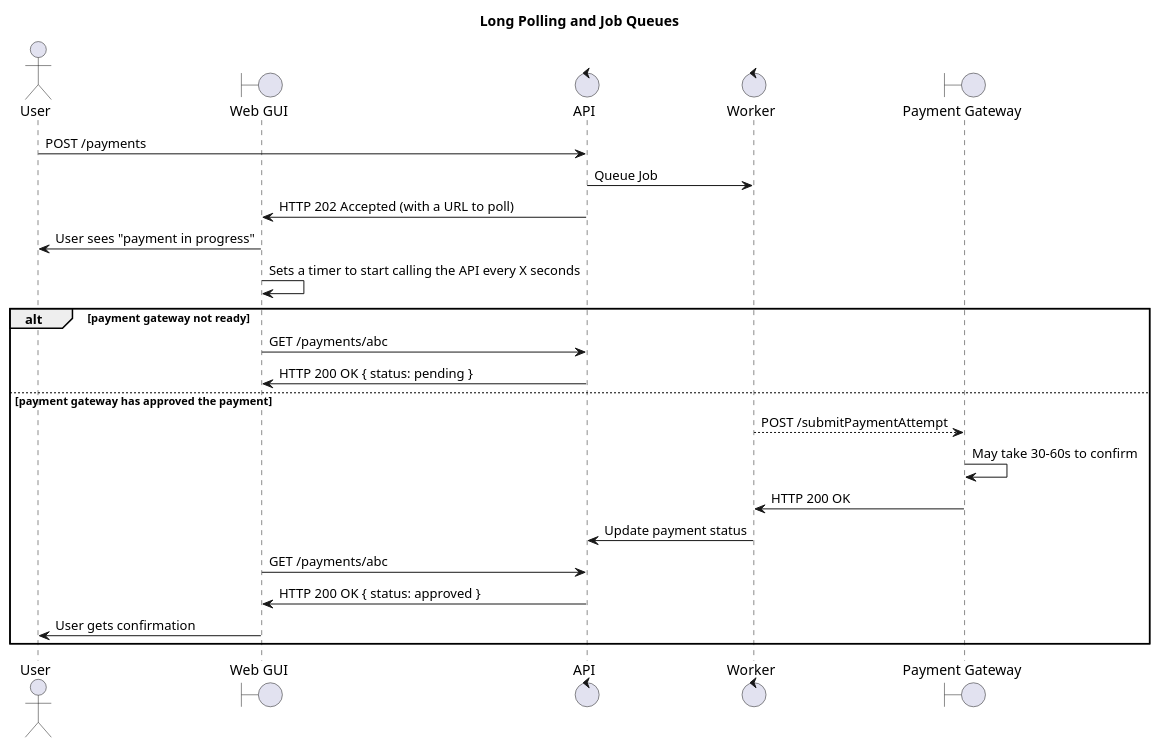
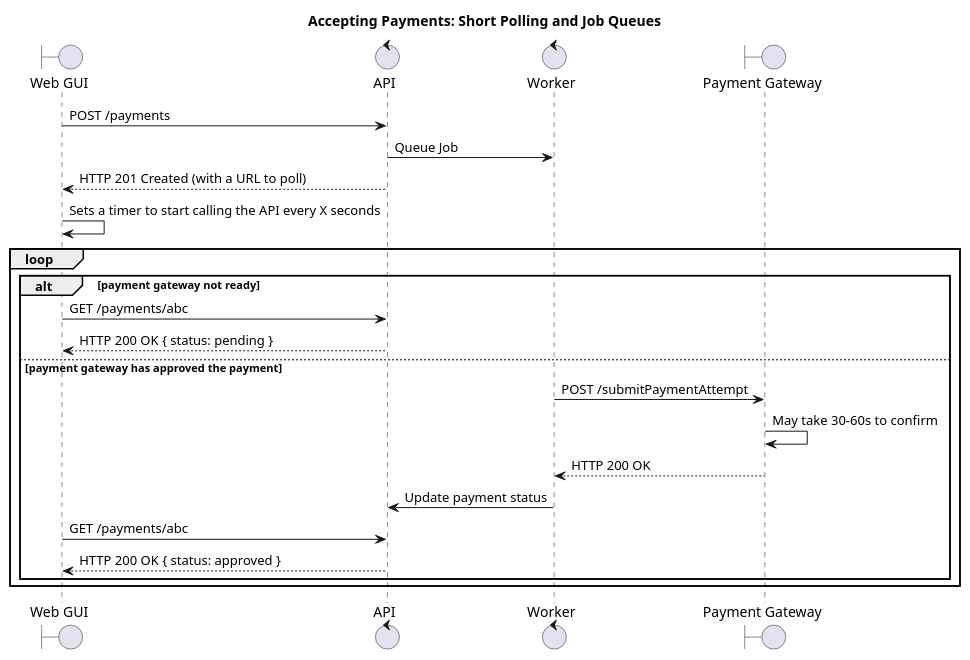
One commit to apisyouwonthate/book-build-apis-2 changed the second of 4 diagrams in src/1-theory/10-async.adoc. Above: the diagram before and after it, drawn with PlantUML. The commit also changed other lines of this file and 2 other files, not shown here.

```diff
--- a/src/1-theory/10-async.adoc
+++ b/src/1-theory/10-async.adoc
@@ -48,33 +279,32 @@
 [plantuml]
 ----
 @startuml
 
-title Long Polling and Job Queues
+title Accepting Payments: Short Polling and Job Queues
 
-actor User
 boundary "Web GUI" as GUI
 control "API"
 control Worker
 boundary "Payment Gateway" as PG
 
-User -> API: POST /payments
+GUI -> API: POST /payments
 API -> Worker: Queue Job
-GUI <- API: HTTP 202 Accepted (with a URL to poll)
-User <- GUI: User sees "payment in progress"
+GUI <-- API: HTTP 201 Created (with a URL to poll)
 GUI -> GUI: Sets a timer to start calling the API every X seconds
 
-alt payment gateway not ready
-    GUI -> API: GET /payments/abc
-    GUI <- API: HTTP 200 OK { status: pending }
-else payment gateway has approved the payment
-    Worker --> PG: POST /submitPaymentAttempt
-    PG -> PG: May take 30-60s to confirm
-    Worker <- PG: HTTP 200 OK
-    Worker -> API: Update payment status
-    GUI -> API: GET /payments/abc
-    GUI <- API: HTTP 200 OK { status: approved }
-    User <- GUI: User gets confirmation
+loop
+    alt payment gateway not ready
+        GUI -> API: GET /payments/abc
+        GUI <-- API: HTTP 200 OK { status: pending }
+    else payment gateway has approved the payment
+        Worker -> PG: POST /submitPaymentAttempt
+        PG -> PG: May take 30-60s to confirm
+        Worker <-- PG: HTTP 200 OK
+        Worker -> API: Update payment status
+        GUI -> API: GET /payments/abc
+        GUI <-- API: HTTP 200 OK { status: approved }
+    end
 end
 
 @enduml
 ----
```
